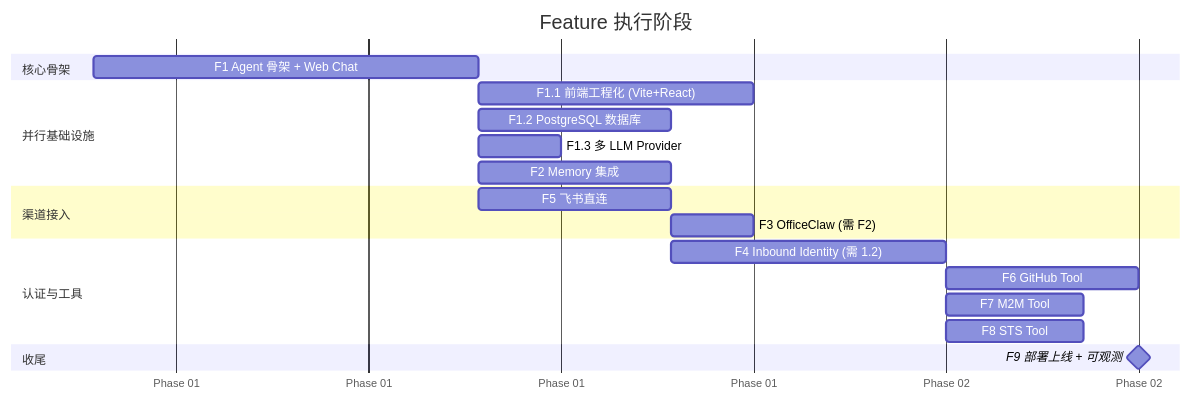
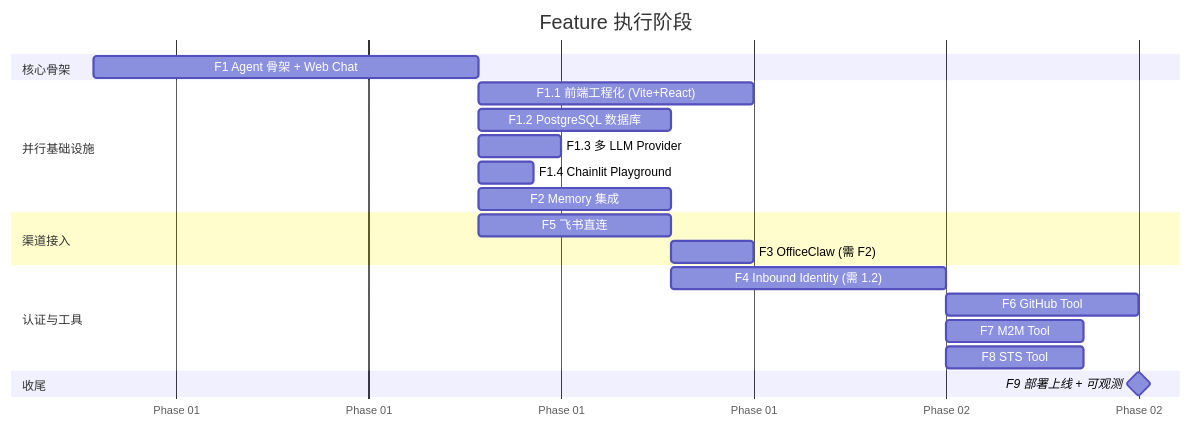
The second of 2 diagrams in personal-assistant-meta/issues/features/README.md (T-1009/personal-assistant), drawn with Mermaid before and after one commit. The commit also changed other lines of this file and 5 other files, not shown here.

````diff
--- a/personal-assistant-meta/issues/features/README.md
+++ b/personal-assistant-meta/issues/features/README.md
@@ -60,28 +62,29 @@
 ```mermaid
 gantt
     title Feature 执行阶段
     dateFormat  YYYY-MM-DD
     axisFormat  Phase %m
 
     section 核心骨架
     F1  Agent 骨架 + Web Chat       :f1, 2026-01-01, 14d
 
     section 并行基础设施
     F1.1  前端工程化 (Vite+React)    :f1_1, after f1, 10d
     F1.2  PostgreSQL 数据库          :f1_2, after f1, 7d
     F1.3  多 LLM Provider            :f1_3, after f1, 3d
+    F1.4  Chainlit Playground         :f1_4, after f1, 2d
     F2    Memory 集成                :f2, after f1, 7d
 
     section 渠道接入
     F5  飞书直连                     :f5, after f1, 7d
     F3  OfficeClaw (需 F2)          :f3, after f2, 3d
 
     section 认证与工具
     F4  Inbound Identity (需 1.2)   :f4, after f1_2, 10d
     F6  GitHub Tool                 :f6, after f4, 7d
     F7  M2M Tool                    :f7, after f4, 5d
     F8  STS Tool                    :f8, after f4, 5d
 
     section 收尾
     F9  部署上线 + 可观测            :milestone, after f6, 0d
 ```
````
